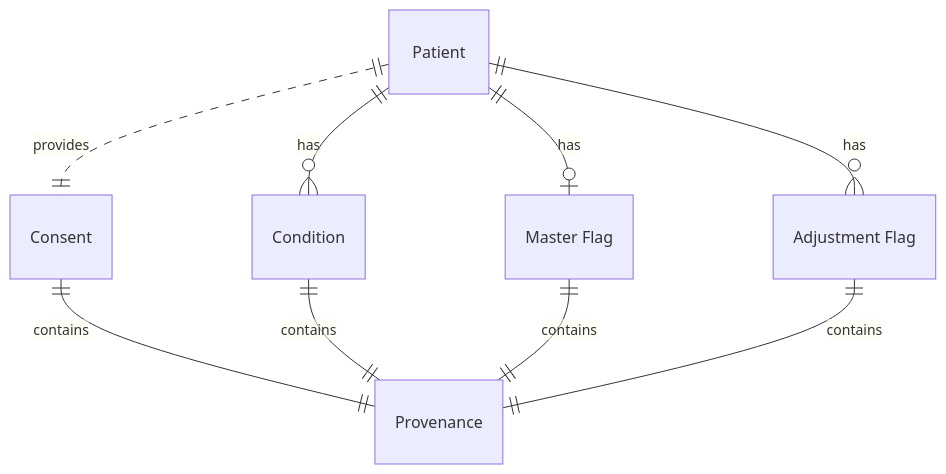
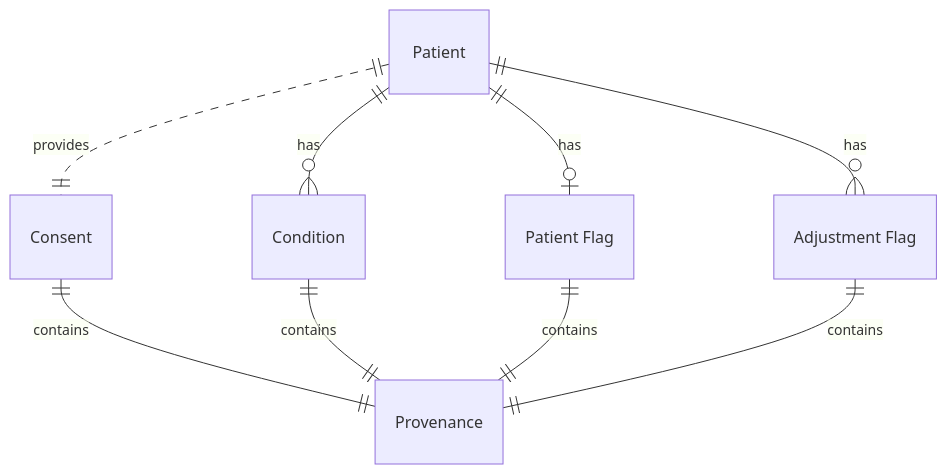
The diagram in input/pagecontent/data-model.md (NHSDigital/ra-sandbox), drawn with Mermaid before and after one commit. The commit also changed 46 other files, not shown here.

```diff
--- a/input/pagecontent/data-model.md
+++ b/input/pagecontent/data-model.md
@@ -11,13 +11,13 @@
 <div class="mermaid">
 erDiagram
 
   Patient ||..|| Consent : provides
   Patient ||--o{ Condition : has
-  Patient ||--o| "Master Flag" : "has"
+  Patient ||--o| "Patient Flag" : "has"
   Patient ||--o{ "Adjustment Flag" : has
 
   Consent ||--|| Provenance : contains
   Condition ||--|| Provenance : contains
-  "Master Flag" ||--|| Provenance : contains
+  "Patient Flag" ||--|| Provenance : contains
   "Adjustment Flag" ||--|| Provenance : contains
 </div>
```
